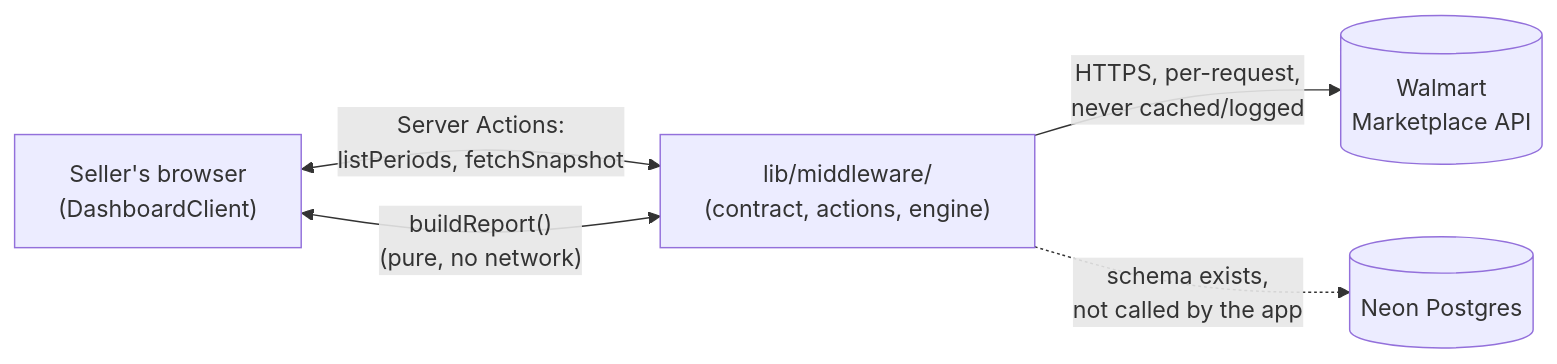
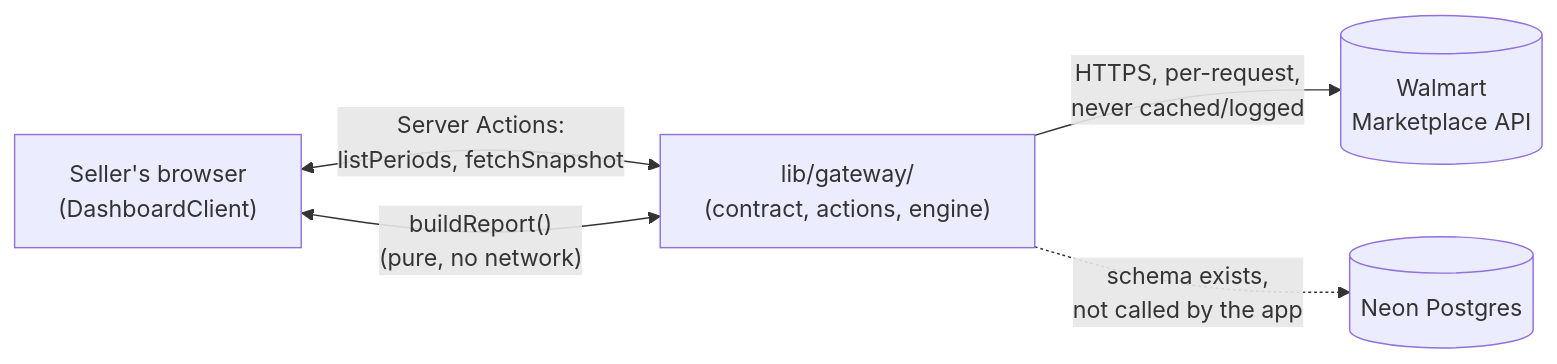
Before and after one commit to RafaelOjeda/byRaf_Distribution_Tools: the second of 2 diagrams in docs/index.md, drawn with Mermaid. The commit also changed other lines of this file and 54 other files, not shown here.

First line of the commit message:
Rename lib/middleware to lib/gateway

````diff
--- a/docs/index.md
+++ b/docs/index.md
@@ -73,7 +73,7 @@
 ```mermaid
 flowchart LR
-    Browser["Seller's browser\n(DashboardClient)"] <-->|"Server Actions:\nlistPeriods, fetchSnapshot"| Middleware["lib/middleware/\n(contract, actions, engine)"]
-    Browser <-->|"buildReport()\n(pure, no network)"| Middleware
-    Middleware -->|"HTTPS, per-request,\nnever cached/logged"| Walmart[("Walmart\nMarketplace API")]
-    Middleware -.->|"schema exists,\nnot called by the app"| Neon[("Neon Postgres")]
+    Browser["Seller's browser\n(DashboardClient)"] <-->|"Server Actions:\nlistPeriods, fetchSnapshot"| Gateway["lib/gateway/\n(contract, actions, engine)"]
+    Browser <-->|"buildReport()\n(pure, no network)"| Gateway
+    Gateway -->|"HTTPS, per-request,\nnever cached/logged"| Walmart[("Walmart\nMarketplace API")]
+    Gateway -.->|"schema exists,\nnot called by the app"| Neon[("Neon Postgres")]
 ```
````
